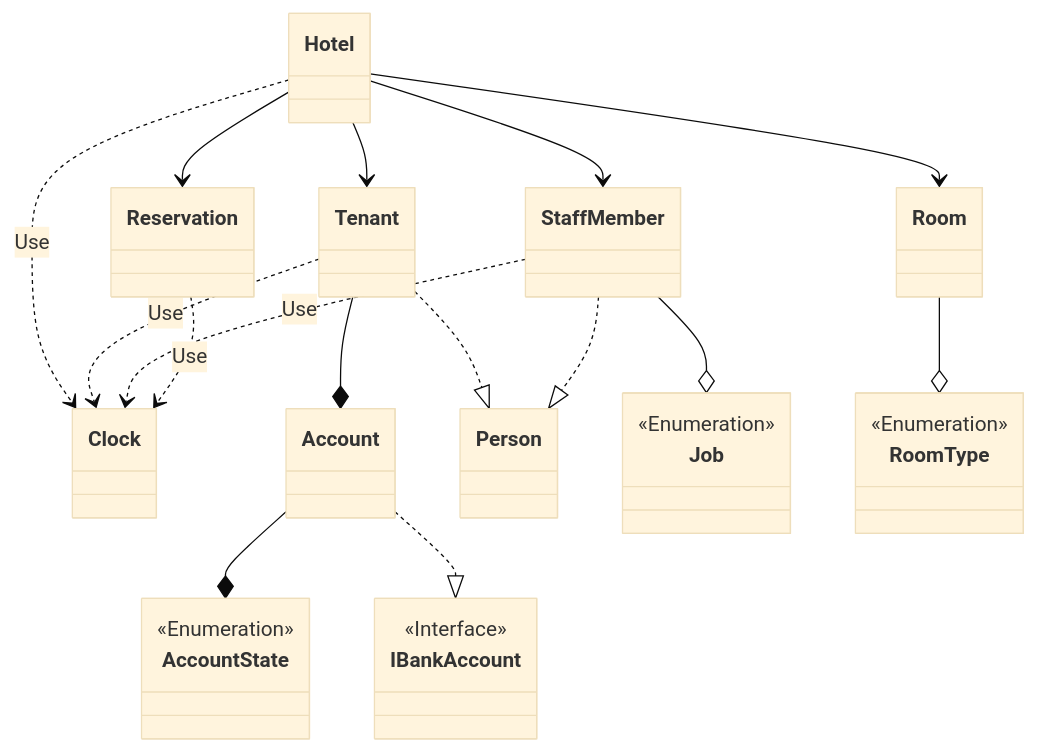
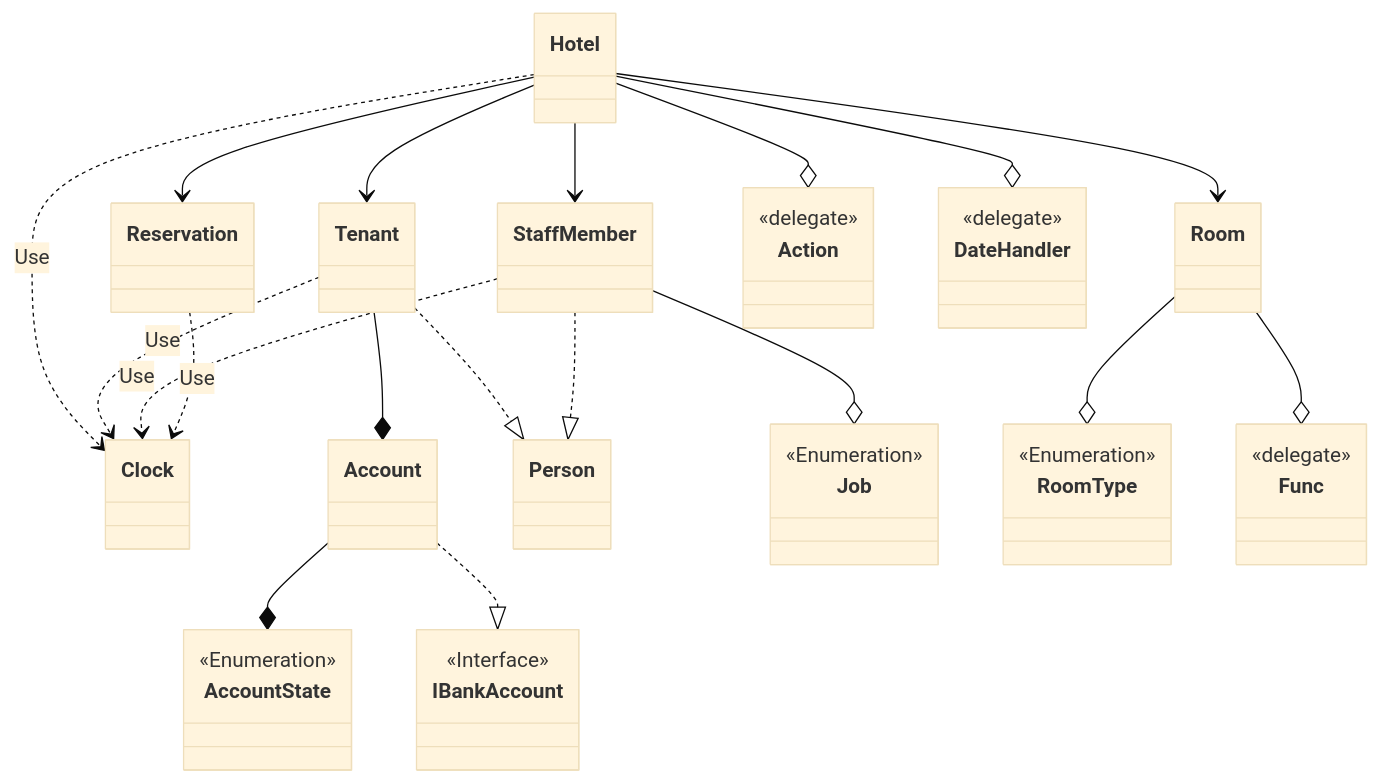
The first of 2 diagrams in README.md (Zariams/OOP_Practice), drawn with Mermaid (base theme) before and after one commit. The commit also changed other lines of this file, not shown here.

````diff
--- a/README.md
+++ b/README.md
@@ -11,23 +11,29 @@
 ```mermaid
 classDiagram
 Hotel --> Tenant
 Hotel --> StaffMember
 Hotel --> Reservation
 Hotel --> Room
 Hotel ..> Clock: Use
 Tenant --* Account
 Tenant ..|> Person
 Tenant ..> Clock: Use
 StaffMember --o Job
 StaffMember ..|> Person
 StaffMember ..> Clock: Use
 Reservation ..> Clock: Use
 Account --* AccountState
 Account ..|> IBankAccount
 Room --o RoomType
+Room --o Func
+Hotel --o Action
+Hotel --o DateHandler
 
 <<Enumeration>> AccountState
 <<Enumeration>> RoomType
 <<Interface>> IBankAccount
 <<Enumeration>> Job
+<<delegate>> Action
+<<delegate>> DateHandler
+<<delegate>> Func
 ```
````
